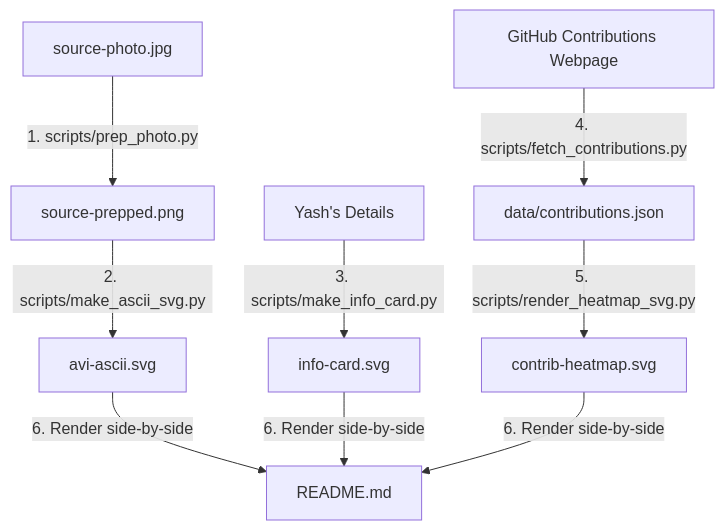
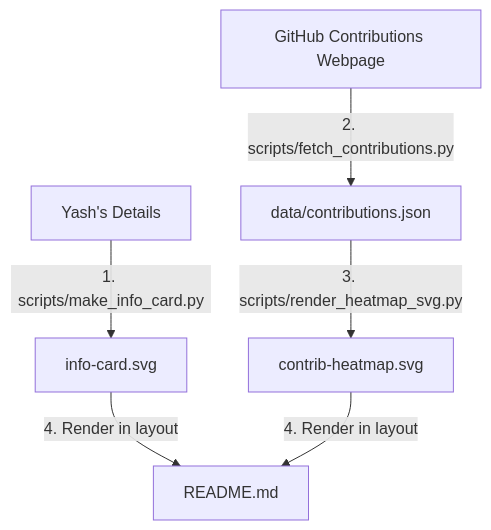
Before and after one commit to yashvekariya01/yashvekariya01: the diagram in walkthrough.md, drawn with Mermaid. The commit also changed other lines of this file and 7 other files, not shown here.

Commit message:
fix: update svg relative paths and generate missing ascii art3.0

````diff
--- a/walkthrough.md
+++ b/walkthrough.md
@@ -9,9 +9,7 @@
 ```mermaid
 graph TD
-    A[source-photo.jpg] -->|1. scripts/prep_photo.py| B[source-prepped.png]
-    B -->|2. scripts/make_ascii_svg.py| C[avi-ascii.svg]
-    D[Yash's Details] -->|3. scripts/make_info_card.py| E[info-card.svg]
-    F[GitHub Contributions Webpage] -->|4. scripts/fetch_contributions.py| G[data/contributions.json]
-    G -->|5. scripts/render_heatmap_svg.py| H[contrib-heatmap.svg]
-    C & E & H -->|6. Render side-by-side| I[README.md]
+    D[Yash's Details] -->|1. scripts/make_info_card.py| E[info-card.svg]
+    F[GitHub Contributions Webpage] -->|2. scripts/fetch_contributions.py| G[data/contributions.json]
+    G -->|3. scripts/render_heatmap_svg.py| H[contrib-heatmap.svg]
+    E & H -->|4. Render in layout| I[README.md]
 ```
````
